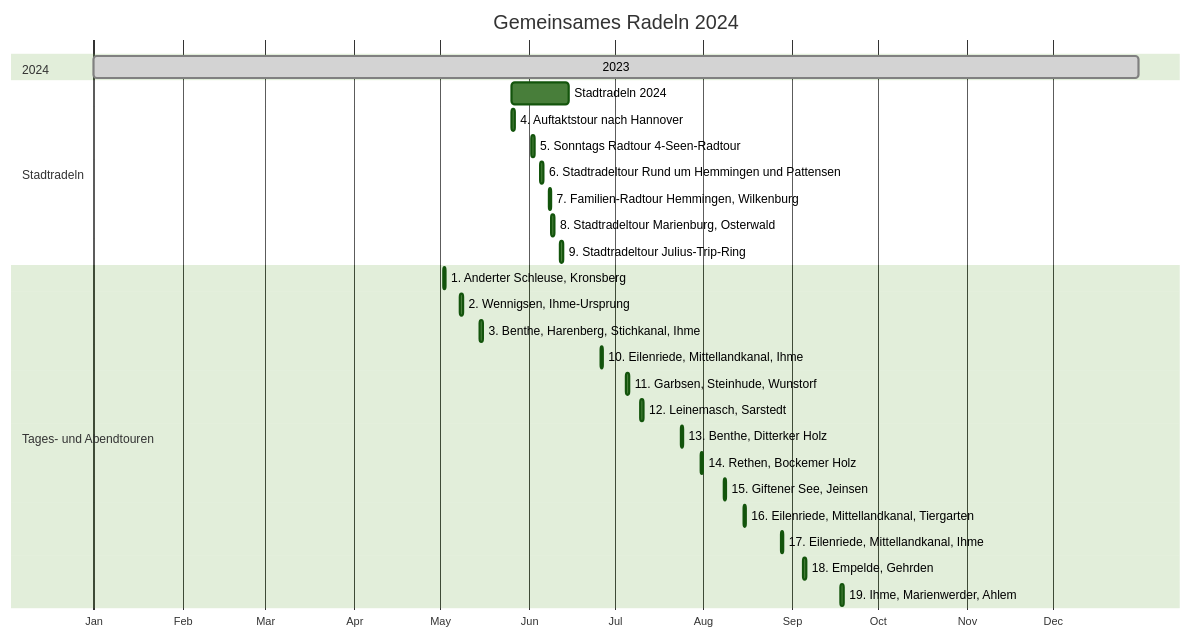
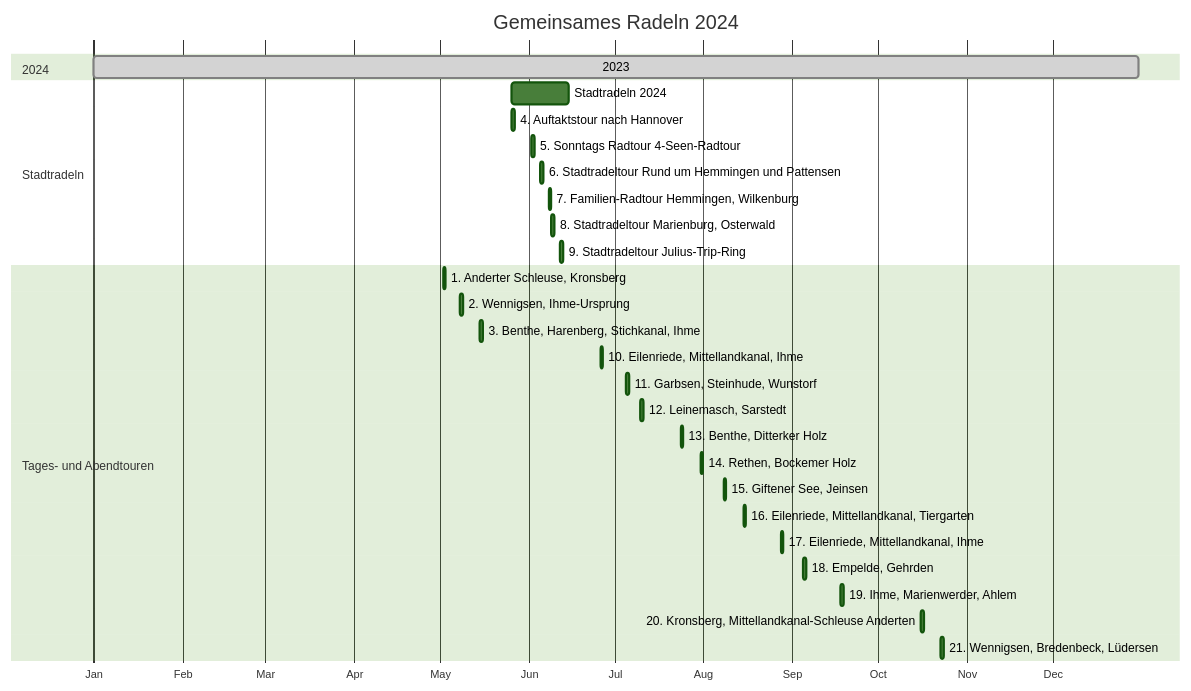
The diagram in Touren/Fahrradtouren2024.md (adfc-hemmingen-pattensen/pelican-md-soures), drawn with Mermaid (forest theme) before and after one commit.

````diff
--- a/Touren/Fahrradtouren2024.md
+++ b/Touren/Fahrradtouren2024.md
@@ -10,35 +10,38 @@
 ``` mermaid
 gantt
 dateFormat  YYYY-MM-DD
 title Gemeinsames Radeln 2024
 axisFormat  %b
 todayMarker stroke-width:0px
 
 section 2024
 2023: done, 2024-01-01, 2024-12-31
 
 section Stadtradeln  
 Stadtradeln 2024:          action, 2024-05-26, 2024-06-15
 4. Auftaktstour nach Hannover:   2024-05-26, 1d
 5. Sonntags Radtour 4-Seen-Radtour:   2024-06-02, 1d
 6. Stadtradeltour Rund um Hemmingen und Pattensen:     2024-06-05, 1d
 7. Familien-Radtour Hemmingen, Wilkenburg:    2024-06-08, 1d
 8. Stadtradeltour Marienburg, Osterwald:    2024-06-09, 1d
 9. Stadtradeltour Julius-Trip-Ring:     2024-06-12, 1d
 
 section Tages- und Abendtouren
 1. Anderter Schleuse, Kronsberg:      2024-05-02, 1d
 2. Wennigsen, Ihme-Ursprung: 2024-05-08, 1d
 3. Benthe, Harenberg, Stichkanal, Ihme: 2024-05-15, 1d
 10. Eilenriede, Mittellandkanal, Ihme: 2024-06-26, 1d
 11. Garbsen, Steinhude, Wunstorf: 2024-07-05, 1d
 12. Leinemasch, Sarstedt: 2024-07-10, 1d
 13. Benthe, Ditterker Holz: 2024-07-24, 1d
 14. Rethen, Bockemer Holz: 2024-07-31, 1d
 15. Giftener See, Jeinsen: 2024-08-08, 1d
 16. Eilenriede, Mittellandkanal, Tiergarten: 2024-08-15, 1d
 17. Eilenriede, Mittellandkanal, Ihme: 2024-08-28, 1d
 18. Empelde, Gehrden: 2024-09-05, 1d
 19. Ihme, Marienwerder, Ahlem: 2024-09-18, 1d
+20. Kronsberg, Mittellandkanal-Schleuse Anderten: 2024-10-16, 1d
+21. Wennigsen, Bredenbeck, Lüdersen: 2024-10-23, 1d
+
 
 ```
````
